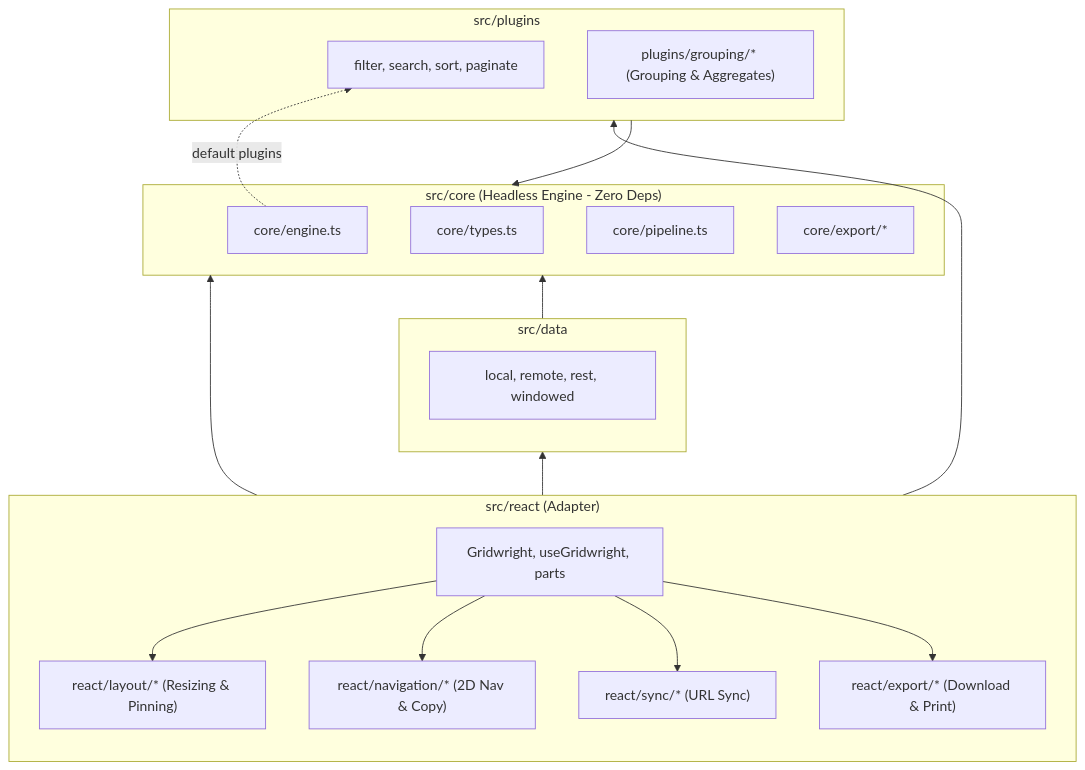
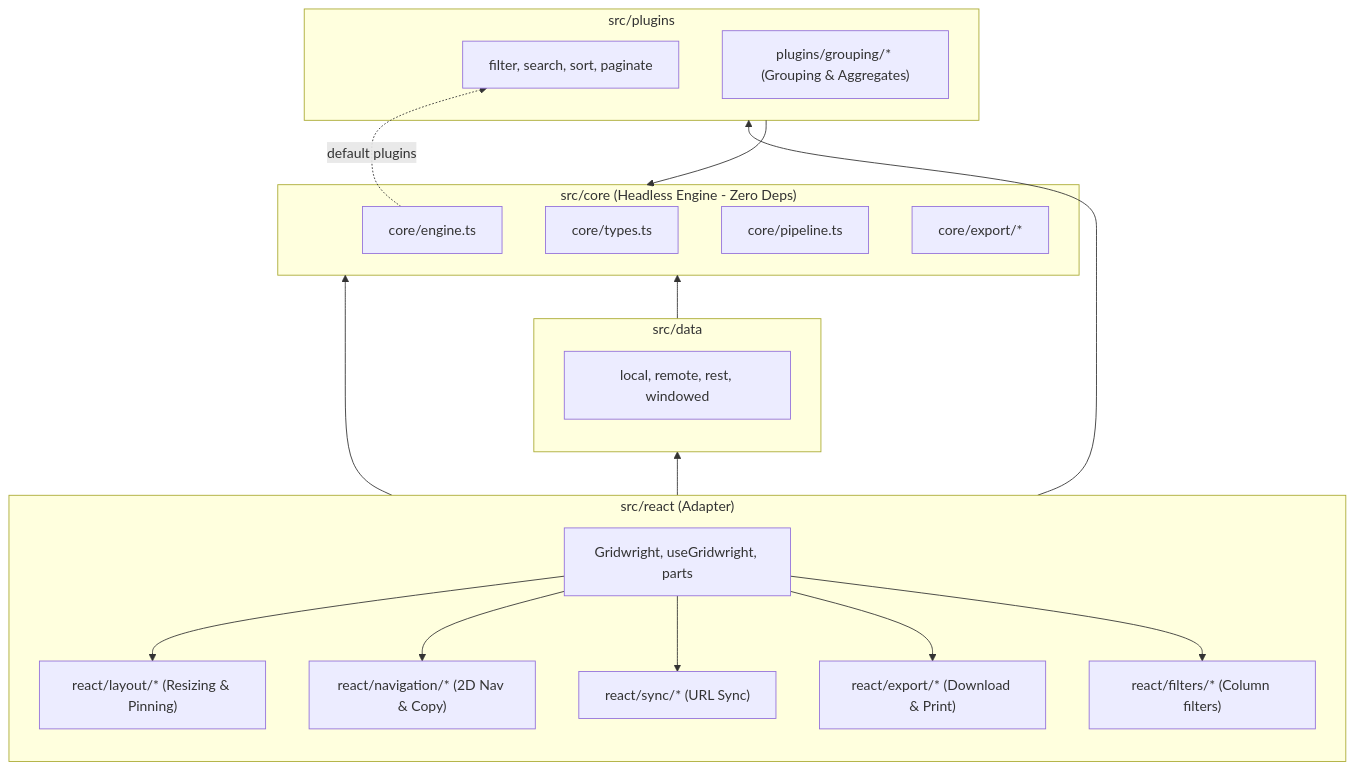
The first of 2 diagrams in specs/DEPENDENCY_MAP.md (yaotzin1/apsw-gridwright), drawn with Mermaid before and after one commit. The commit also changed other lines of this file and 80 other files, not shown here.

````diff
--- a/specs/DEPENDENCY_MAP.md
+++ b/specs/DEPENDENCY_MAP.md
@@ -7,35 +7,36 @@
 ```mermaid
 graph BT
     subgraph ReactLayer["src/react (Adapter)"]
         Gridwright["Gridwright, useGridwright, parts"]
         LayoutMod["react/layout/* (Resizing & Pinning)"]
         NavMod["react/navigation/* (2D Nav & Copy)"]
         SyncMod["react/sync/* (URL Sync)"]
         ExportMod["react/export/* (Download & Print)"]
+        FilterMod["react/filters/* (Column filters)"]
         
-        Gridwright --> LayoutMod & NavMod & SyncMod & ExportMod
+        Gridwright --> LayoutMod & NavMod & SyncMod & ExportMod & FilterMod
     end
 
     subgraph PluginsLayer["src/plugins"]
         BuiltinPlugins["filter, search, sort, paginate"]
         GroupingPlugin["plugins/grouping/* (Grouping & Aggregates)"]
     end
 
     subgraph DataLayer["src/data"]
         DataSources["local, remote, rest, windowed"]
     end
 
     subgraph CoreLayer["src/core (Headless Engine - Zero Deps)"]
         Engine["core/engine.ts"]
         CoreTypes["core/types.ts"]
         Pipeline["core/pipeline.ts"]
         CoreExport["core/export/*"]
     end
 
     ReactLayer --> CoreLayer
     PluginsLayer --> CoreLayer
     DataLayer --> CoreLayer
     ReactLayer --> PluginsLayer
     ReactLayer --> DataLayer
     Engine -. "default plugins" .-> BuiltinPlugins
 ```
````
